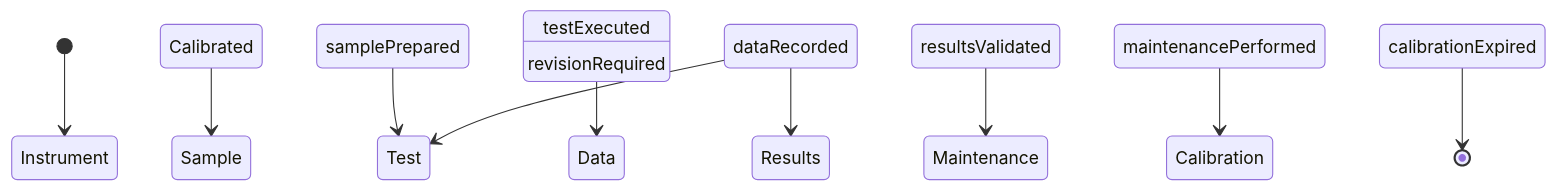
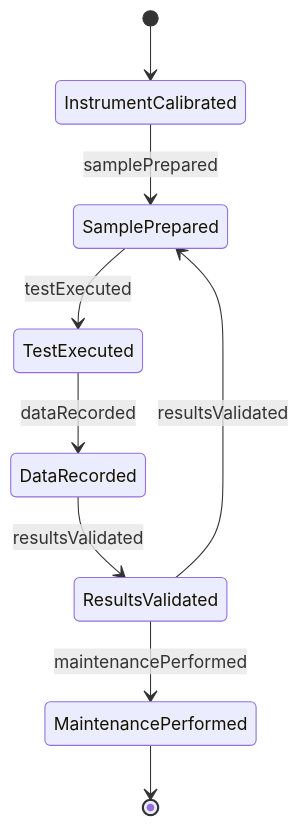
Before and after one commit to dot-org-ai/tasks.org.ai: the second of 4 diagrams in ControllingMachinesAndProcesses/OperateLaboratoryOrFieldEquipment/OperateLaboratoryFieldEquipment.mdx, drawn with Mermaid. The commit also changed other lines of this file and 515 other files, not shown here.

````diff
--- a/ControllingMachinesAndProcesses/OperateLaboratoryOrFieldEquipment/OperateLaboratoryFieldEquipment.mdx
+++ b/ControllingMachinesAndProcesses/OperateLaboratoryOrFieldEquipment/OperateLaboratoryFieldEquipment.mdx
@@ -98,12 +98,11 @@
 ```mermaid
 stateDiagram-v2
-    [*] --> Instrument Calibrated
-    Instrument Calibrated --> Sample Prepared : samplePrepared
-    Sample Prepared --> Test Executed : testExecuted
-    Test Executed --> Data Recorded : dataRecorded
-    Data Recorded --> Results Validated : resultsValidated
-    Results Validated --> Maintenance Performed : maintenancePerformed
-    Maintenance Performed --> Calibration Expired : calibrationExpired
-    Data Recorded --> Test Executed : revisionRequired
-    Calibration Expired --> [*]
+    [*] --> InstrumentCalibrated
+    InstrumentCalibrated --> SamplePrepared : samplePrepared
+    SamplePrepared --> TestExecuted : testExecuted
+    TestExecuted --> DataRecorded : dataRecorded
+    DataRecorded --> ResultsValidated : resultsValidated
+    ResultsValidated --> MaintenancePerformed : maintenancePerformed
+    ResultsValidated --> SamplePrepared : resultsValidated
+    MaintenancePerformed --> [*]
 ```
````
